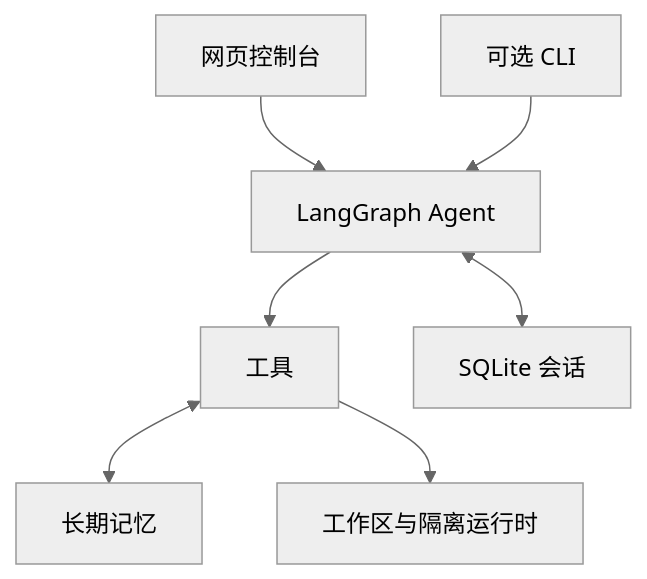
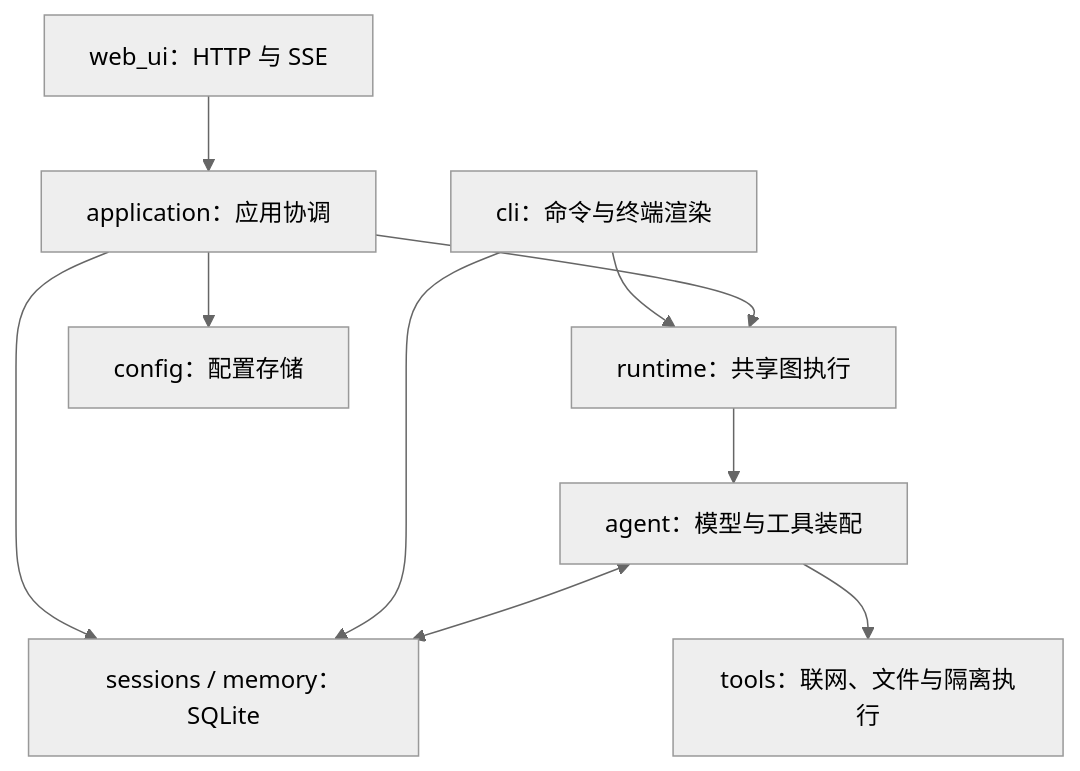
One commit to sbb123xiaohao/Nuvora-Agent changed the diagram in DESIGN.md. Above: the diagram before and after it, drawn with Mermaid (neutral theme). The commit also changed other lines of this file and 15 other files, not shown here.

First line of the commit message:
refactor: separate application services and shared agent runtime

````diff
--- a/DESIGN.md
+++ b/DESIGN.md
@@ -48,9 +7,12 @@
 ```mermaid
 flowchart TD
-  UI["网页控制台"] --> Agent["LangGraph Agent"]
-  CLI["可选 CLI"] --> Agent
-  Agent --> Tools["工具"]
-  Agent <--> Checkpoint["SQLite 会话"]
-  Tools <--> Memory["长期记忆"]
-  Tools --> Workspace["工作区与隔离运行时"]
+  Web["web_ui：HTTP 与 SSE"] --> App["application：应用协调"]
+  CLI["cli：命令与终端渲染"] --> Runtime["runtime：共享图执行"]
+  App --> Runtime
+  App --> Config["config：配置存储"]
+  App --> Storage["sessions / memory：SQLite"]
+  CLI --> Storage
+  Runtime --> Agent["agent：模型与工具装配"]
+  Agent <--> Storage
+  Agent --> Tools["tools：联网、文件与隔离执行"]
 ```
````
